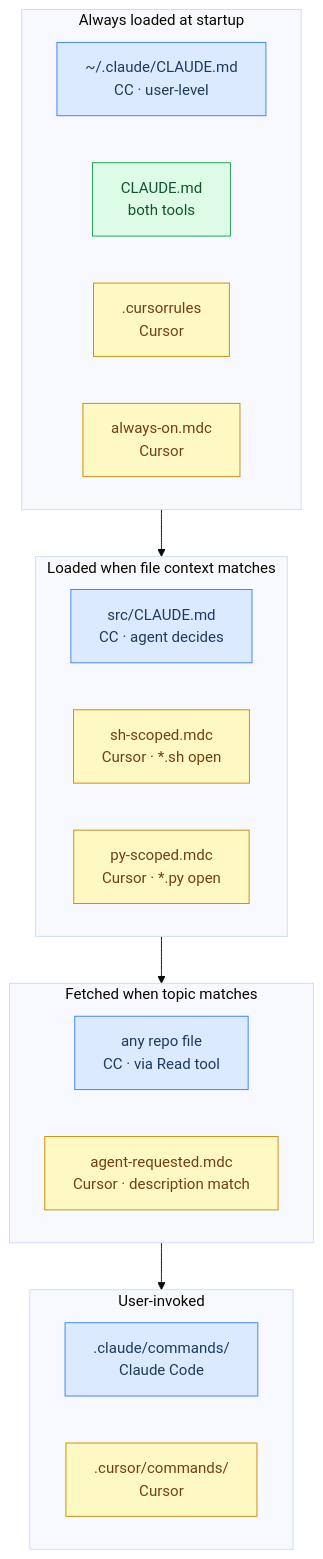
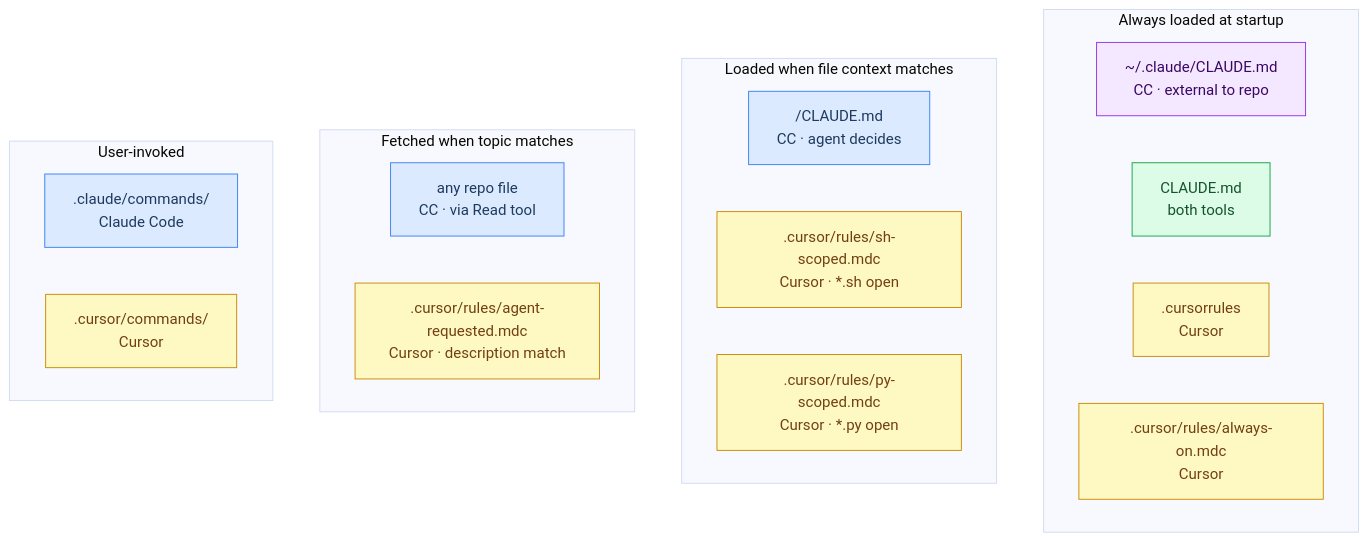
Before and after one commit to christopher-beckham/cursor-claude-smoke-test: the diagram in README.md, drawn with Mermaid (base theme). The commit also changed other lines of this file, not shown here.

Commit message:
update diagram

````diff
--- a/README.md
+++ b/README.md
@@ -80,31 +80,34 @@
 ```mermaid
 flowchart TB
     classDef cc fill:#dbeafe,stroke:#3b82f6,color:#1e3a5f
     classDef cursor fill:#fef9c3,stroke:#ca8a04,color:#713f12
     classDef shared fill:#dcfce7,stroke:#16a34a,color:#14532d
+    classDef external fill:#f3e8ff,stroke:#9333ea,color:#3b0764
 
     subgraph T1["Always loaded at startup"]
-        A1["~/.claude/CLAUDE.md\nCC · user-level"]:::cc
+        direction LR
+        A1["~/.claude/CLAUDE.md\nCC · external to repo"]:::external
         A2["CLAUDE.md\nboth tools"]:::shared
         A3[".cursorrules\nCursor"]:::cursor
-        A4["always-on.mdc\nCursor"]:::cursor
+        A4[".cursor/rules/always-on.mdc\nCursor"]:::cursor
     end
 
     subgraph T2["Loaded when file context matches"]
-        B1["src/CLAUDE.md\nCC · agent decides"]:::cc
-        B2["sh-scoped.mdc\nCursor · *.sh open"]:::cursor
-        B3["py-scoped.mdc\nCursor · *.py open"]:::cursor
+        direction LR
+        B1["<subdir>/CLAUDE.md\nCC · agent decides"]:::cc
+        B2[".cursor/rules/sh-scoped.mdc\nCursor · *.sh open"]:::cursor
+        B3[".cursor/rules/py-scoped.mdc\nCursor · *.py open"]:::cursor
     end
 
     subgraph T3["Fetched when topic matches"]
+        direction LR
         C1["any repo file\nCC · via Read tool"]:::cc
-        C2["agent-requested.mdc\nCursor · description match"]:::cursor
+        C2[".cursor/rules/agent-requested.mdc\nCursor · description match"]:::cursor
     end
 
     subgraph T4["User-invoked"]
+        direction LR
         D1[".claude/commands/\nClaude Code"]:::cc
         D2[".cursor/commands/\nCursor"]:::cursor
     end
-
-    T1 --> T2 --> T3 --> T4
 ```
````
